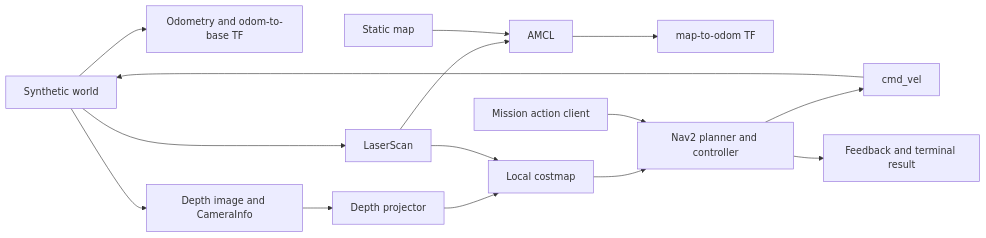
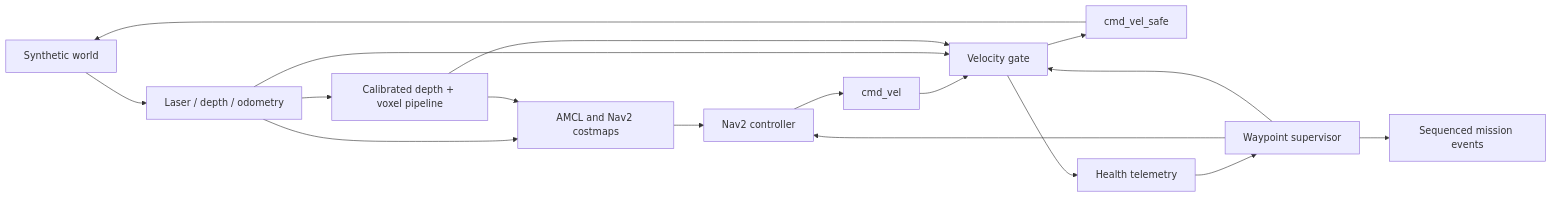
Before and after one commit to yilinw92/amr-edge-nav-lab: the diagram in README.md, drawn with Mermaid. The commit also changed other lines of this file and 31 other files, not shown here.

Commit message:
Add calibrated perception, velocity gating and verified waypoint fault recovery

````diff
--- a/README.md
+++ b/README.md
@@ -92,17 +74,19 @@
 ```mermaid
 flowchart LR
-  W[Synthetic world] --> O[Odometry and odom-to-base TF]
-  W --> L[LaserScan]
-  W --> D[Depth image and CameraInfo]
-  D --> P[Depth projector]
-  P --> C[Local costmap]
-  L --> C
-  L --> A[AMCL]
-  M[Static map] --> A
-  A --> T[map-to-odom TF]
-  C --> N[Nav2 planner and controller]
-  N --> V[cmd_vel]
+  W[Synthetic world] --> S[Laser / depth / odometry]
+  S --> P[Calibrated depth + voxel pipeline]
+  S --> A[AMCL and Nav2 costmaps]
+  P --> A
+  A --> N[Nav2 controller]
+  N --> C[cmd_vel]
+  C --> G[Velocity gate]
+  S --> G
+  P --> G
+  G --> V[cmd_vel_safe]
   V --> W
-  Q[Mission action client] --> N
-  N --> R[Feedback and terminal result]
+  G --> H[Health telemetry]
+  H --> Q[Waypoint supervisor]
+  Q --> N
+  Q --> G
+  Q --> E[Sequenced mission events]
 ```
````
